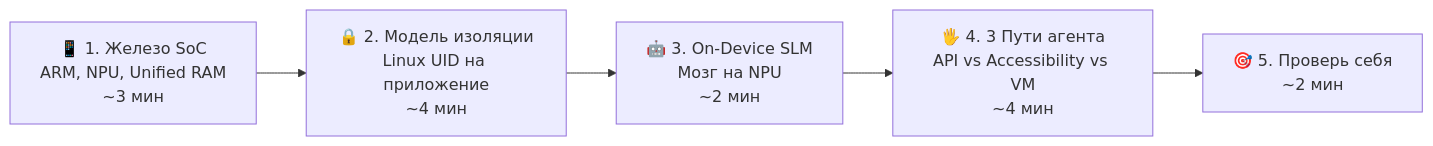
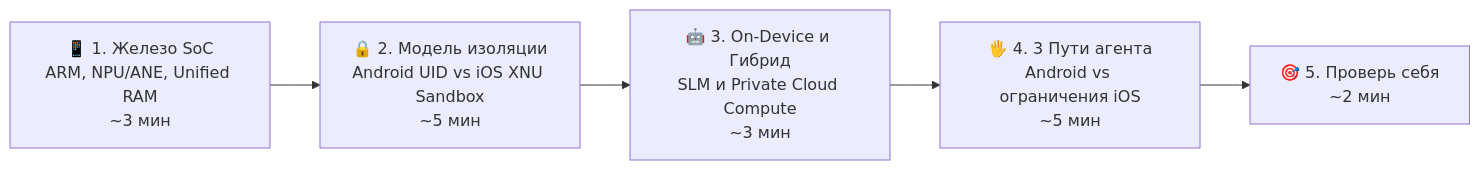
The first of 6 diagrams in Материалы/Тьютор/Неделя 01 (19.10–25.10)/Мобильные ОС (Android) и ИИ-агенты на смартфонах.md (COMPACTBLUEFAN/turoring), drawn with Mermaid before and after one commit. The commit also changed other lines of this file and 83 other files, not shown here.

````diff
--- a/Материалы/Тьютор/Неделя 01 (19.10–25.10)/Мобильные ОС (Android) и ИИ-агенты на смартфонах.md
+++ b/Материалы/Тьютор/Неделя 01 (19.10–25.10)/Мобильные ОС (Android) и ИИ-агенты на смартфонах.md
@@ -15,4 +15,4 @@
 ```mermaid
 flowchart LR
-    A["📱 1. Железо SoC<br/>ARM, NPU, Unified RAM<br/>~3 мин"] --> B["🔒 2. Модель изоляции<br/>Linux UID на приложение<br/>~4 мин"] --> C["🤖 3. On-Device SLM<br/>Мозг на NPU<br/>~2 мин"] --> D["🖐 4. 3 Пути агента<br/>API vs Accessibility vs VM<br/>~4 мин"] --> E["🎯 5. Проверь себя<br/>~2 мин"]
+    A["📱 1. Железо SoC<br/>ARM, NPU/ANE, Unified RAM<br/>~3 мин"] --> B["🔒 2. Модель изоляции<br/>Android UID vs iOS XNU Sandbox<br/>~5 мин"] --> C["🤖 3. On-Device и Гибрид<br/>SLM и Private Cloud Compute<br/>~3 мин"] --> D["🖐 4. 3 Пути агента<br/>Android vs ограничения iOS<br/>~5 мин"] --> E["🎯 5. Проверь себя<br/>~2 мин"]
 ```
````
